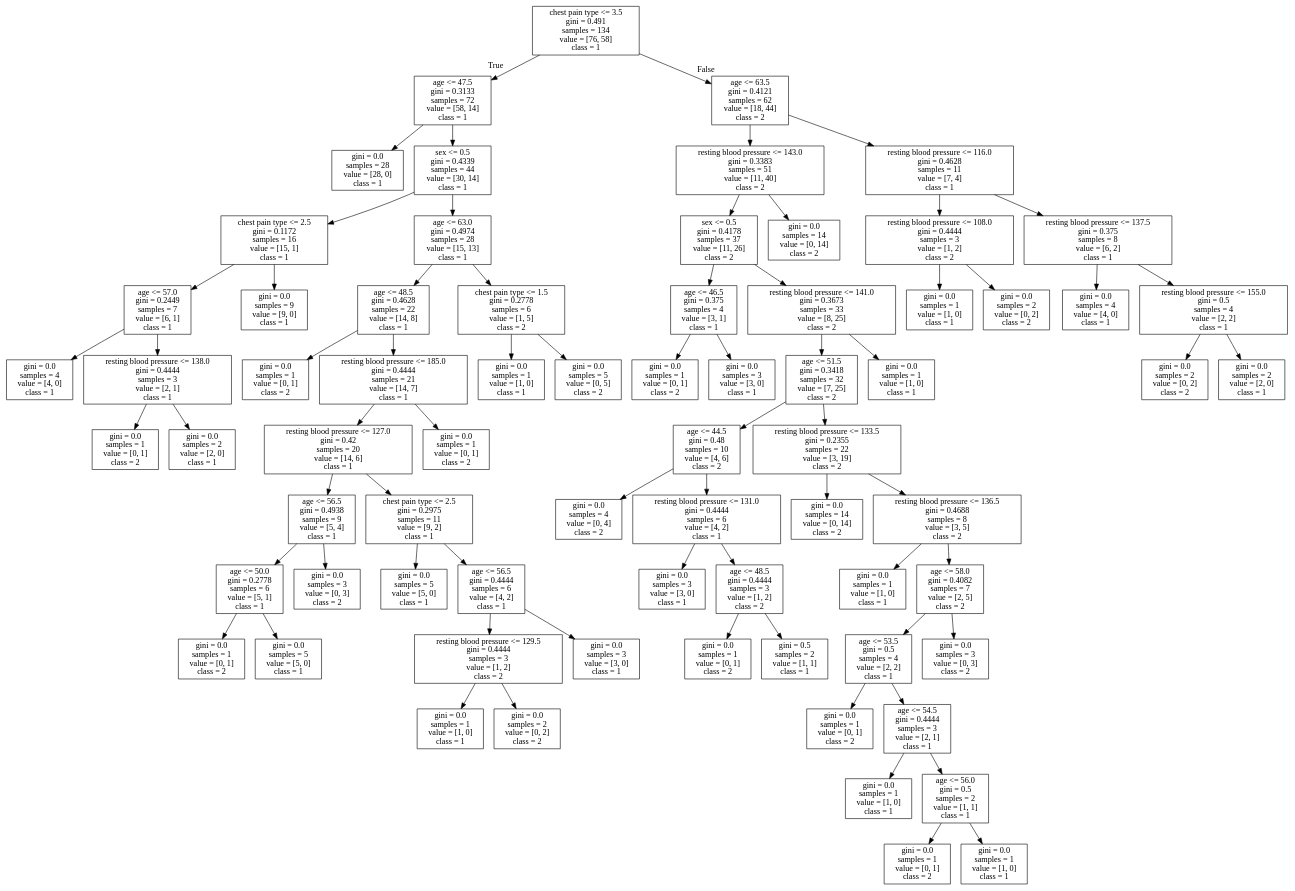
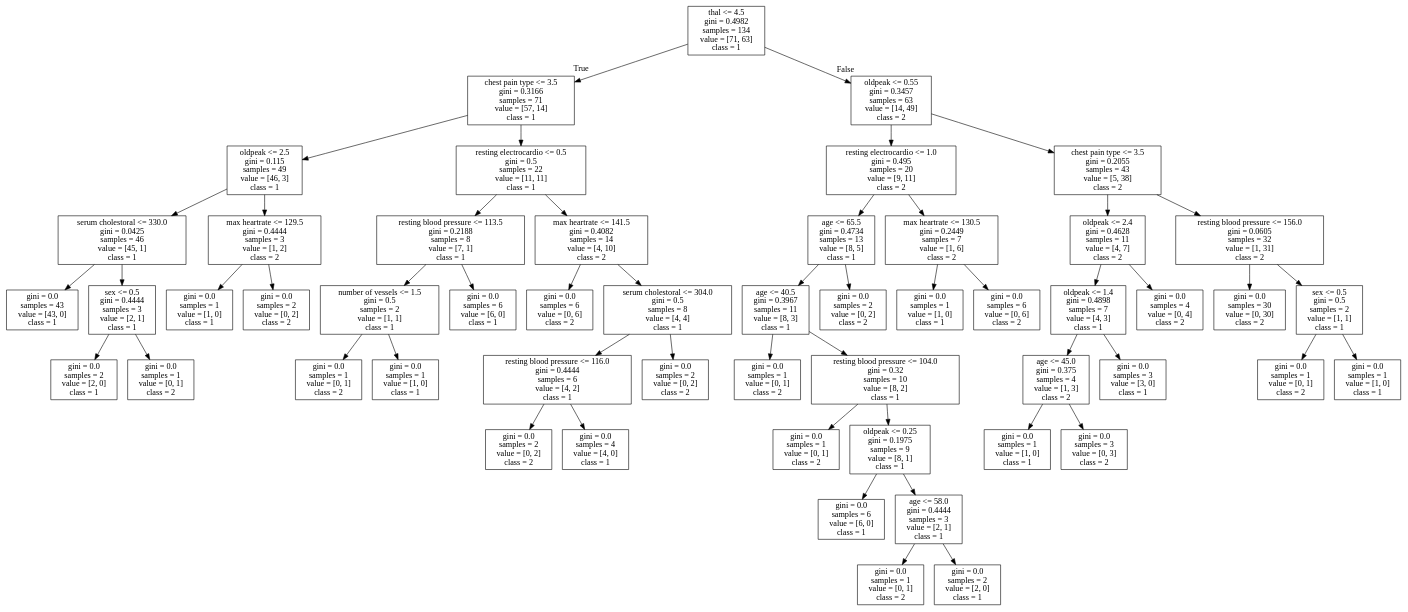
Before and after one commit to GillesVandewiele/HeadacheClassifier: the diagram in constructors/tree0.dot, drawn with Graphviz. The commit also changed 11 other files, not shown here.

```diff
--- a/constructors/tree0.dot
+++ b/constructors/tree0.dot
@@ -1,144 +1,108 @@
 digraph Tree {
 node [shape=box] ;
-0 [label="chest pain type <= 3.5\ngini = 0.491\nsamples = 134\nvalue = [76, 58]\nclass = 1"] ;
-1 [label="age <= 47.5\ngini = 0.3133\nsamples = 72\nvalue = [58, 14]\nclass = 1"] ;
+0 [label="thal <= 4.5\ngini = 0.4982\nsamples = 134\nvalue = [71, 63]\nclass = 1"] ;
+1 [label="chest pain type <= 3.5\ngini = 0.3166\nsamples = 71\nvalue = [57, 14]\nclass = 1"] ;
 0 -> 1 [labeldistance=2.5, labelangle=45, headlabel="True"] ;
-2 [label="gini = 0.0\nsamples = 28\nvalue = [28, 0]\nclass = 1"] ;
+2 [label="oldpeak <= 2.5\ngini = 0.115\nsamples = 49\nvalue = [46, 3]\nclass = 1"] ;
 1 -> 2 ;
-3 [label="sex <= 0.5\ngini = 0.4339\nsamples = 44\nvalue = [30, 14]\nclass = 1"] ;
-1 -> 3 ;
-4 [label="chest pain type <= 2.5\ngini = 0.1172\nsamples = 16\nvalue = [15, 1]\nclass = 1"] ;
+3 [label="serum cholestoral <= 330.0\ngini = 0.0425\nsamples = 46\nvalue = [45, 1]\nclass = 1"] ;
+2 -> 3 ;
+4 [label="gini = 0.0\nsamples = 43\nvalue = [43, 0]\nclass = 1"] ;
 3 -> 4 ;
-5 [label="age <= 57.0\ngini = 0.2449\nsamples = 7\nvalue = [6, 1]\nclass = 1"] ;
-4 -> 5 ;
-6 [label="gini = 0.0\nsamples = 4\nvalue = [4, 0]\nclass = 1"] ;
+5 [label="sex <= 0.5\ngini = 0.4444\nsamples = 3\nvalue = [2, 1]\nclass = 1"] ;
+3 -> 5 ;
+6 [label="gini = 0.0\nsamples = 2\nvalue = [2, 0]\nclass = 1"] ;
 5 -> 6 ;
-7 [label="resting blood pressure <= 138.0\ngini = 0.4444\nsamples = 3\nvalue = [2, 1]\nclass = 1"] ;
+7 [label="gini = 0.0\nsamples = 1\nvalue = [0, 1]\nclass = 2"] ;
 5 -> 7 ;
-8 [label="gini = 0.0\nsamples = 1\nvalue = [0, 1]\nclass = 2"] ;
-7 -> 8 ;
-9 [label="gini = 0.0\nsamples = 2\nvalue = [2, 0]\nclass = 1"] ;
-7 -> 9 ;
-10 [label="gini = 0.0\nsamples = 9\nvalue = [9, 0]\nclass = 1"] ;
-4 -> 10 ;
-11 [label="age <= 63.0\ngini = 0.4974\nsamples = 28\nvalue = [15, 13]\nclass = 1"] ;
-3 -> 11 ;
-12 [label="age <= 48.5\ngini = 0.4628\nsamples = 22\nvalue = [14, 8]\nclass = 1"] ;
+8 [label="max heartrate <= 129.5\ngini = 0.4444\nsamples = 3\nvalue = [1, 2]\nclass = 2"] ;
+2 -> 8 ;
+9 [label="gini = 0.0\nsamples = 1\nvalue = [1, 0]\nclass = 1"] ;
+8 -> 9 ;
+10 [label="gini = 0.0\nsamples = 2\nvalue = [0, 2]\nclass = 2"] ;
+8 -> 10 ;
+11 [label="resting electrocardio <= 0.5\ngini = 0.5\nsamples = 22\nvalue = [11, 11]\nclass = 1"] ;
+1 -> 11 ;
+12 [label="resting blood pressure <= 113.5\ngini = 0.2188\nsamples = 8\nvalue = [7, 1]\nclass = 1"] ;
 11 -> 12 ;
-13 [label="gini = 0.0\nsamples = 1\nvalue = [0, 1]\nclass = 2"] ;
+13 [label="number of vessels <= 1.5\ngini = 0.5\nsamples = 2\nvalue = [1, 1]\nclass = 1"] ;
 12 -> 13 ;
-14 [label="resting blood pressure <= 185.0\ngini = 0.4444\nsamples = 21\nvalue = [14, 7]\nclass = 1"] ;
-12 -> 14 ;
-15 [label="resting blood pressure <= 127.0\ngini = 0.42\nsamples = 20\nvalue = [14, 6]\nclass = 1"] ;
-14 -> 15 ;
-16 [label="age <= 56.5\ngini = 0.4938\nsamples = 9\nvalue = [5, 4]\nclass = 1"] ;
-15 -> 16 ;
-17 [label="age <= 50.0\ngini = 0.2778\nsamples = 6\nvalue = [5, 1]\nclass = 1"] ;
-16 -> 17 ;
-18 [label="gini = 0.0\nsamples = 1\nvalue = [0, 1]\nclass = 2"] ;
+14 [label="gini = 0.0\nsamples = 1\nvalue = [0, 1]\nclass = 2"] ;
+13 -> 14 ;
+15 [label="gini = 0.0\nsamples = 1\nvalue = [1, 0]\nclass = 1"] ;
+13 -> 15 ;
+16 [label="gini = 0.0\nsamples = 6\nvalue = [6, 0]\nclass = 1"] ;
+12 -> 16 ;
+17 [label="max heartrate <= 141.5\ngini = 0.4082\nsamples = 14\nvalue = [4, 10]\nclass = 2"] ;
+11 -> 17 ;
+18 [label="gini = 0.0\nsamples = 6\nvalue = [0, 6]\nclass = 2"] ;
 17 -> 18 ;
-19 [label="gini = 0.0\nsamples = 5\nvalue = [5, 0]\nclass = 1"] ;
+19 [label="serum cholestoral <= 304.0\ngini = 0.5\nsamples = 8\nvalue = [4, 4]\nclass = 1"] ;
 17 -> 19 ;
-20 [label="gini = 0.0\nsamples = 3\nvalue = [0, 3]\nclass = 2"] ;
-16 -> 20 ;
-21 [label="chest pain type <= 2.5\ngini = 0.2975\nsamples = 11\nvalue = [9, 2]\nclass = 1"] ;
-15 -> 21 ;
-22 [label="gini = 0.0\nsamples = 5\nvalue = [5, 0]\nclass = 1"] ;
-21 -> 22 ;
-23 [label="age <= 56.5\ngini = 0.4444\nsamples = 6\nvalue = [4, 2]\nclass = 1"] ;
-21 -> 23 ;
-24 [label="resting blood pressure <= 129.5\ngini = 0.4444\nsamples = 3\nvalue = [1, 2]\nclass = 2"] ;
-23 -> 24 ;
-25 [label="gini = 0.0\nsamples = 1\nvalue = [1, 0]\nclass = 1"] ;
+20 [label="resting blood pressure <= 116.0\ngini = 0.4444\nsamples = 6\nvalue = [4, 2]\nclass = 1"] ;
+19 -> 20 ;
+21 [label="gini = 0.0\nsamples = 2\nvalue = [0, 2]\nclass = 2"] ;
+20 -> 21 ;
+22 [label="gini = 0.0\nsamples = 4\nvalue = [4, 0]\nclass = 1"] ;
+20 -> 22 ;
+23 [label="gini = 0.0\nsamples = 2\nvalue = [0, 2]\nclass = 2"] ;
+19 -> 23 ;
+24 [label="oldpeak <= 0.55\ngini = 0.3457\nsamples = 63\nvalue = [14, 49]\nclass = 2"] ;
+0 -> 24 [labeldistance=2.5, labelangle=-45, headlabel="False"] ;
+25 [label="resting electrocardio <= 1.0\ngini = 0.495\nsamples = 20\nvalue = [9, 11]\nclass = 2"] ;
 24 -> 25 ;
-26 [label="gini = 0.0\nsamples = 2\nvalue = [0, 2]\nclass = 2"] ;
-24 -> 26 ;
-27 [label="gini = 0.0\nsamples = 3\nvalue = [3, 0]\nclass = 1"] ;
-23 -> 27 ;
+26 [label="age <= 65.5\ngini = 0.4734\nsamples = 13\nvalue = [8, 5]\nclass = 1"] ;
+25 -> 26 ;
+27 [label="age <= 40.5\ngini = 0.3967\nsamples = 11\nvalue = [8, 3]\nclass = 1"] ;
+26 -> 27 ;
 28 [label="gini = 0.0\nsamples = 1\nvalue = [0, 1]\nclass = 2"] ;
-14 -> 28 ;
-29 [label="chest pain type <= 1.5\ngini = 0.2778\nsamples = 6\nvalue = [1, 5]\nclass = 2"] ;
-11 -> 29 ;
-30 [label="gini = 0.0\nsamples = 1\nvalue = [1, 0]\nclass = 1"] ;
+27 -> 28 ;
+29 [label="resting blood pressure <= 104.0\ngini = 0.32\nsamples = 10\nvalue = [8, 2]\nclass = 1"] ;
+27 -> 29 ;
+30 [label="gini = 0.0\nsamples = 1\nvalue = [0, 1]\nclass = 2"] ;
 29 -> 30 ;
-31 [label="gini = 0.0\nsamples = 5\nvalue = [0, 5]\nclass = 2"] ;
+31 [label="oldpeak <= 0.25\ngini = 0.1975\nsamples = 9\nvalue = [8, 1]\nclass = 1"] ;
 29 -> 31 ;
-32 [label="age <= 63.5\ngini = 0.4121\nsamples = 62\nvalue = [18, 44]\nclass = 2"] ;
-0 -> 32 [labeldistance=2.5, labelangle=-45, headlabel="False"] ;
-33 [label="resting blood pressure <= 143.0\ngini = 0.3383\nsamples = 51\nvalue = [11, 40]\nclass = 2"] ;
-32 -> 33 ;
-34 [label="sex <= 0.5\ngini = 0.4178\nsamples = 37\nvalue = [11, 26]\nclass = 2"] ;
+32 [label="gini = 0.0\nsamples = 6\nvalue = [6, 0]\nclass = 1"] ;
+31 -> 32 ;
+33 [label="age <= 58.0\ngini = 0.4444\nsamples = 3\nvalue = [2, 1]\nclass = 1"] ;
+31 -> 33 ;
+34 [label="gini = 0.0\nsamples = 1\nvalue = [0, 1]\nclass = 2"] ;
 33 -> 34 ;
-35 [label="age <= 46.5\ngini = 0.375\nsamples = 4\nvalue = [3, 1]\nclass = 1"] ;
-34 -> 35 ;
-36 [label="gini = 0.0\nsamples = 1\nvalue = [0, 1]\nclass = 2"] ;
-35 -> 36 ;
-37 [label="gini = 0.0\nsamples = 3\nvalue = [3, 0]\nclass = 1"] ;
-35 -> 37 ;
-38 [label="resting blood pressure <= 141.0\ngini = 0.3673\nsamples = 33\nvalue = [8, 25]\nclass = 2"] ;
-34 -> 38 ;
-39 [label="age <= 51.5\ngini = 0.3418\nsamples = 32\nvalue = [7, 25]\nclass = 2"] ;
-38 -> 39 ;
-40 [label="age <= 44.5\ngini = 0.48\nsamples = 10\nvalue = [4, 6]\nclass = 2"] ;
-39 -> 40 ;
-41 [label="gini = 0.0\nsamples = 4\nvalue = [0, 4]\nclass = 2"] ;
+35 [label="gini = 0.0\nsamples = 2\nvalue = [2, 0]\nclass = 1"] ;
+33 -> 35 ;
+36 [label="gini = 0.0\nsamples = 2\nvalue = [0, 2]\nclass = 2"] ;
+26 -> 36 ;
+37 [label="max heartrate <= 130.5\ngini = 0.2449\nsamples = 7\nvalue = [1, 6]\nclass = 2"] ;
+25 -> 37 ;
+38 [label="gini = 0.0\nsamples = 1\nvalue = [1, 0]\nclass = 1"] ;
+37 -> 38 ;
+39 [label="gini = 0.0\nsamples = 6\nvalue = [0, 6]\nclass = 2"] ;
+37 -> 39 ;
+40 [label="chest pain type <= 3.5\ngini = 0.2055\nsamples = 43\nvalue = [5, 38]\nclass = 2"] ;
+24 -> 40 ;
+41 [label="oldpeak <= 2.4\ngini = 0.4628\nsamples = 11\nvalue = [4, 7]\nclass = 2"] ;
 40 -> 41 ;
-42 [label="resting blood pressure <= 131.0\ngini = 0.4444\nsamples = 6\nvalue = [4, 2]\nclass = 1"] ;
-40 -> 42 ;
-43 [label="gini = 0.0\nsamples = 3\nvalue = [3, 0]\nclass = 1"] ;
+42 [label="oldpeak <= 1.4\ngini = 0.4898\nsamples = 7\nvalue = [4, 3]\nclass = 1"] ;
+41 -> 42 ;
+43 [label="age <= 45.0\ngini = 0.375\nsamples = 4\nvalue = [1, 3]\nclass = 2"] ;
 42 -> 43 ;
-44 [label="age <= 48.5\ngini = 0.4444\nsamples = 3\nvalue = [1, 2]\nclass = 2"] ;
-42 -> 44 ;
-45 [label="gini = 0.0\nsamples = 1\nvalue = [0, 1]\nclass = 2"] ;
-44 -> 45 ;
-46 [label="gini = 0.5\nsamples = 2\nvalue = [1, 1]\nclass = 1"] ;
-44 -> 46 ;
-47 [label="resting blood pressure <= 133.5\ngini = 0.2355\nsamples = 22\nvalue = [3, 19]\nclass = 2"] ;
-39 -> 47 ;
-48 [label="gini = 0.0\nsamples = 14\nvalue = [0, 14]\nclass = 2"] ;
-47 -> 48 ;
-49 [label="resting blood pressure <= 136.5\ngini = 0.4688\nsamples = 8\nvalue = [3, 5]\nclass = 2"] ;
-47 -> 49 ;
-50 [label="gini = 0.0\nsamples = 1\nvalue = [1, 0]\nclass = 1"] ;
-49 -> 50 ;
-51 [label="age <= 58.0\ngini = 0.4082\nsamples = 7\nvalue = [2, 5]\nclass = 2"] ;
-49 -> 51 ;
-52 [label="age <= 53.5\ngini = 0.5\nsamples = 4\nvalue = [2, 2]\nclass = 1"] ;
-51 -> 52 ;
-53 [label="gini = 0.0\nsamples = 1\nvalue = [0, 1]\nclass = 2"] ;
-52 -> 53 ;
-54 [label="age <= 54.5\ngini = 0.4444\nsamples = 3\nvalue = [2, 1]\nclass = 1"] ;
-52 -> 54 ;
-55 [label="gini = 0.0\nsamples = 1\nvalue = [1, 0]\nclass = 1"] ;
-54 -> 55 ;
-56 [label="age <= 56.0\ngini = 0.5\nsamples = 2\nvalue = [1, 1]\nclass = 1"] ;
-54 -> 56 ;
-57 [label="gini = 0.0\nsamples = 1\nvalue = [0, 1]\nclass = 2"] ;
-56 -> 57 ;
-58 [label="gini = 0.0\nsamples = 1\nvalue = [1, 0]\nclass = 1"] ;
-56 -> 58 ;
-59 [label="gini = 0.0\nsamples = 3\nvalue = [0, 3]\nclass = 2"] ;
-51 -> 59 ;
-60 [label="gini = 0.0\nsamples = 1\nvalue = [1, 0]\nclass = 1"] ;
-38 -> 60 ;
-61 [label="gini = 0.0\nsamples = 14\nvalue = [0, 14]\nclass = 2"] ;
-33 -> 61 ;
-62 [label="resting blood pressure <= 116.0\ngini = 0.4628\nsamples = 11\nvalue = [7, 4]\nclass = 1"] ;
-32 -> 62 ;
-63 [label="resting blood pressure <= 108.0\ngini = 0.4444\nsamples = 3\nvalue = [1, 2]\nclass = 2"] ;
-62 -> 63 ;
-64 [label="gini = 0.0\nsamples = 1\nvalue = [1, 0]\nclass = 1"] ;
-63 -> 64 ;
-65 [label="gini = 0.0\nsamples = 2\nvalue = [0, 2]\nclass = 2"] ;
-63 -> 65 ;
-66 [label="resting blood pressure <= 137.5\ngini = 0.375\nsamples = 8\nvalue = [6, 2]\nclass = 1"] ;
-62 -> 66 ;
-67 [label="gini = 0.0\nsamples = 4\nvalue = [4, 0]\nclass = 1"] ;
-66 -> 67 ;
-68 [label="resting blood pressure <= 155.0\ngini = 0.5\nsamples = 4\nvalue = [2, 2]\nclass = 1"] ;
-66 -> 68 ;
-69 [label="gini = 0.0\nsamples = 2\nvalue = [0, 2]\nclass = 2"] ;
-68 -> 69 ;
-70 [label="gini = 0.0\nsamples = 2\nvalue = [2, 0]\nclass = 1"] ;
-68 -> 70 ;
+44 [label="gini = 0.0\nsamples = 1\nvalue = [1, 0]\nclass = 1"] ;
+43 -> 44 ;
+45 [label="gini = 0.0\nsamples = 3\nvalue = [0, 3]\nclass = 2"] ;
+43 -> 45 ;
+46 [label="gini = 0.0\nsamples = 3\nvalue = [3, 0]\nclass = 1"] ;
+42 -> 46 ;
+47 [label="gini = 0.0\nsamples = 4\nvalue = [0, 4]\nclass = 2"] ;
+41 -> 47 ;
+48 [label="resting blood pressure <= 156.0\ngini = 0.0605\nsamples = 32\nvalue = [1, 31]\nclass = 2"] ;
+40 -> 48 ;
+49 [label="gini = 0.0\nsamples = 30\nvalue = [0, 30]\nclass = 2"] ;
+48 -> 49 ;
+50 [label="sex <= 0.5\ngini = 0.5\nsamples = 2\nvalue = [1, 1]\nclass = 1"] ;
+48 -> 50 ;
+51 [label="gini = 0.0\nsamples = 1\nvalue = [0, 1]\nclass = 2"] ;
+50 -> 51 ;
+52 [label="gini = 0.0\nsamples = 1\nvalue = [1, 0]\nclass = 1"] ;
+50 -> 52 ;
 }
```
